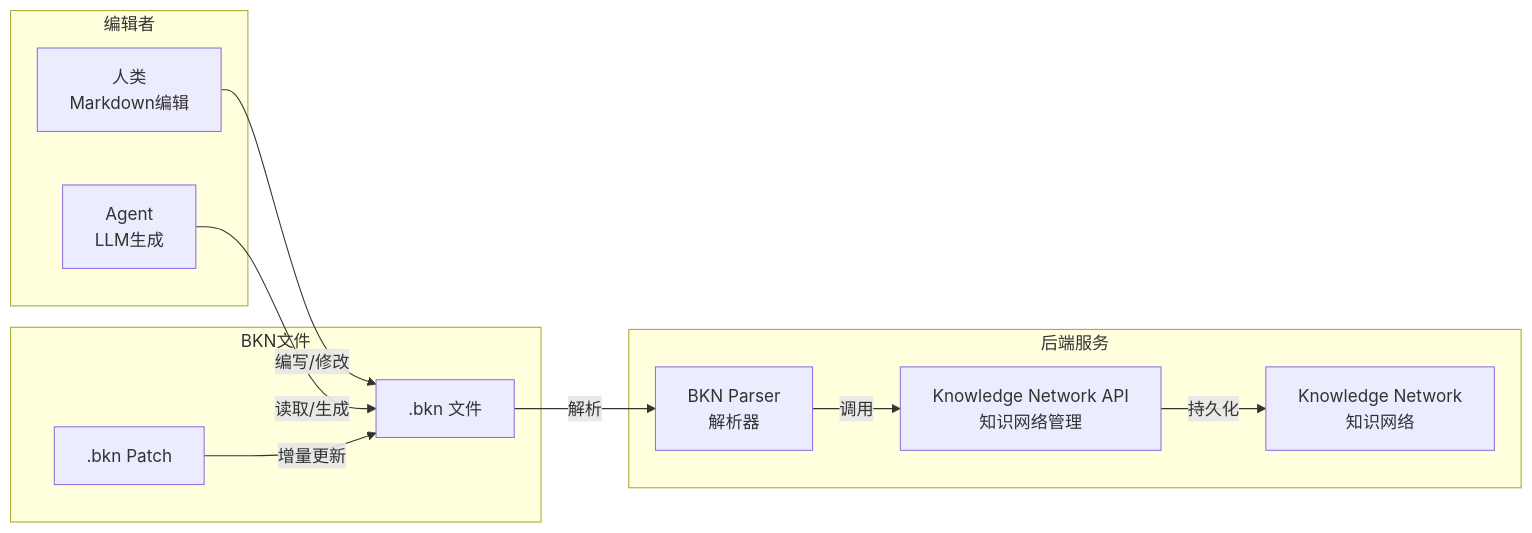
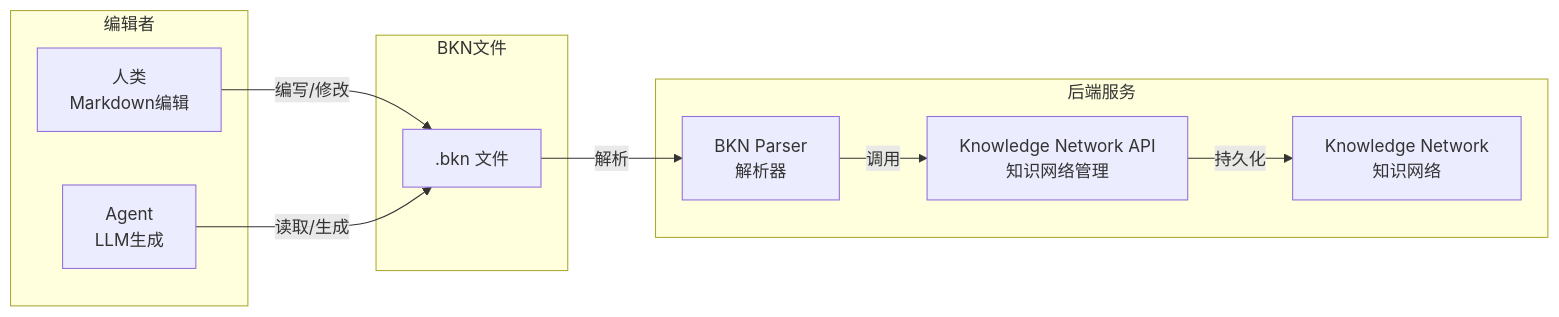
Before and after one commit to hhthxt/bkn-specification: the second of 6 diagrams in docs/ARCHITECTURE.md, drawn with Mermaid. The commit also changed other lines of this file and 57 other files, not shown here.

````diff
--- a/docs/ARCHITECTURE.md
+++ b/docs/ARCHITECTURE.md
@@ -59,25 +61,23 @@
 ```mermaid
 flowchart LR
     subgraph Editors["编辑者"]
         Human["人类<br/>Markdown编辑"]
         Agent["Agent<br/>LLM生成"]
     end
     
     subgraph Files["BKN文件"]
         BKNFile[".bkn 文件"]
-        Patch[".bkn Patch"]
     end
     
     subgraph Backend["后端服务"]
         Parser["BKN Parser<br/>解析器"]
         API["Knowledge Network API<br/>知识网络管理"]
         KN["Knowledge Network<br/>知识网络"]
     end
     
     Human -->|编写/修改| BKNFile
     Agent -->|读取/生成| BKNFile
-    Patch -->|增量更新| BKNFile
     BKNFile -->|解析| Parser
     Parser -->|调用| API
     API -->|持久化| KN
 ```
````
